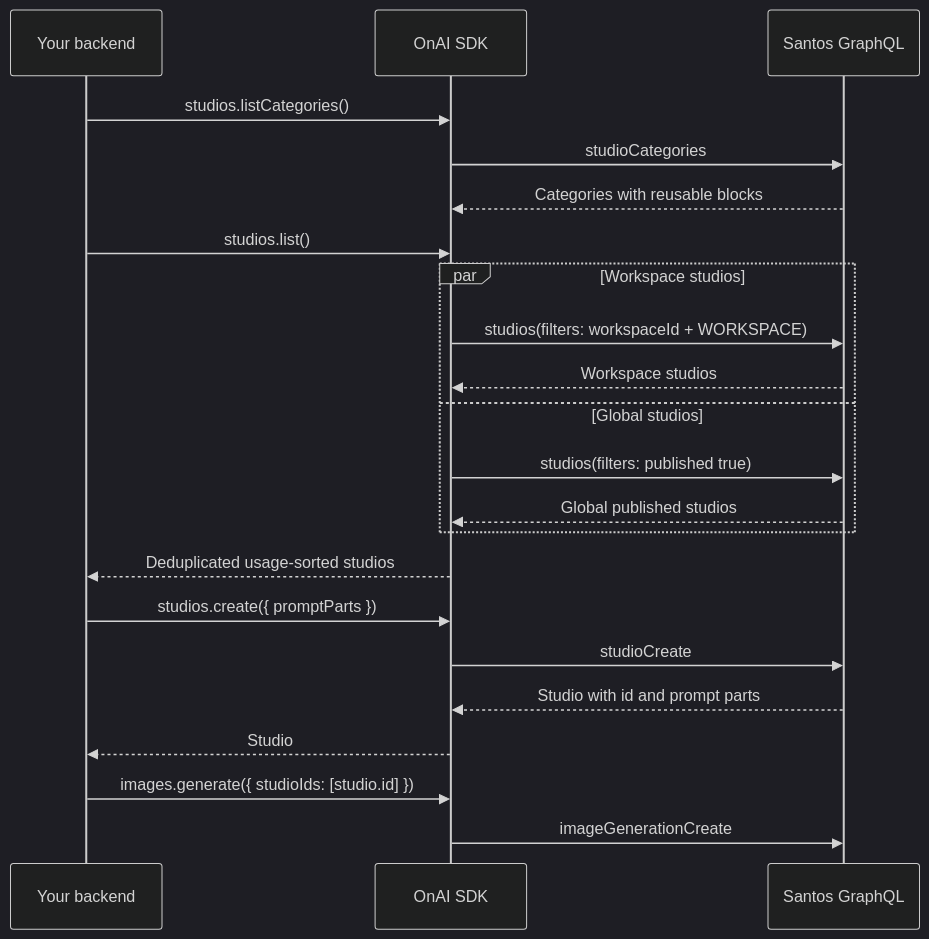
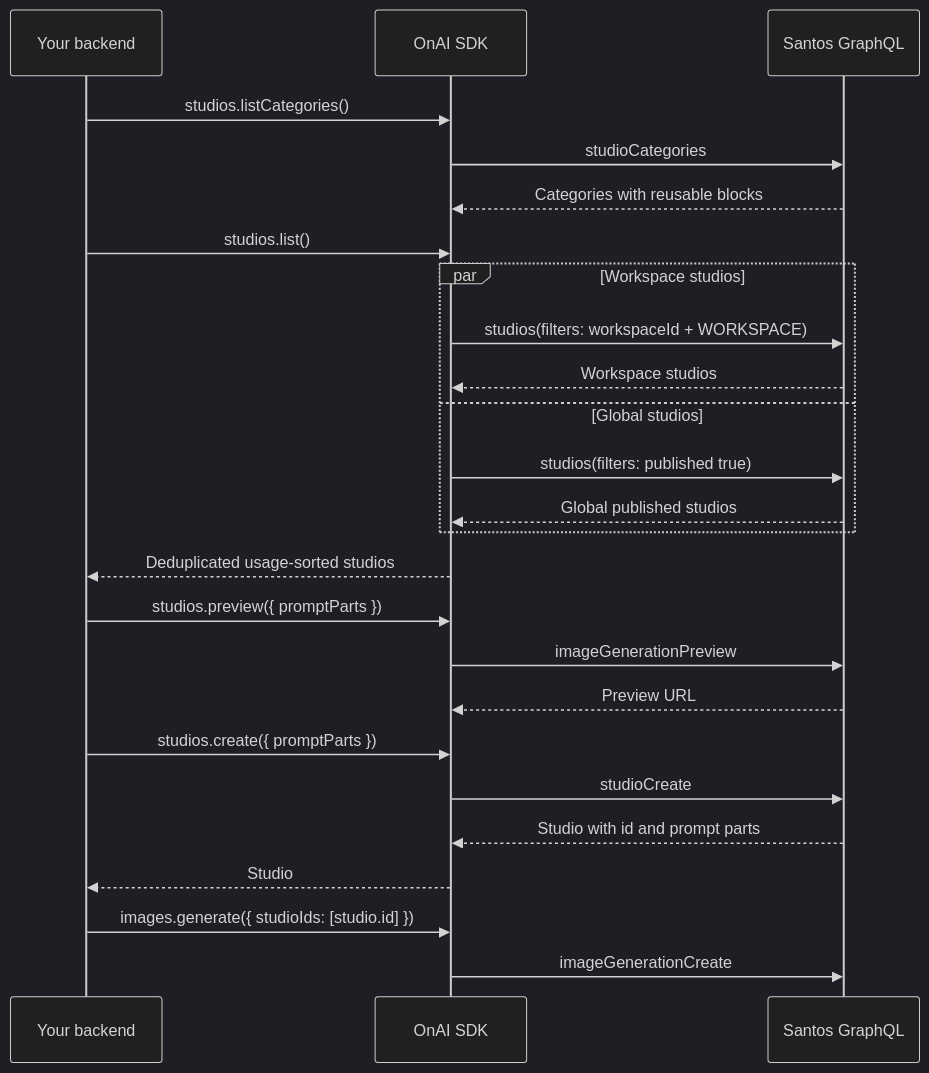
Before and after one commit to mxhiraz/onai-sdk: the third of 8 diagrams in docs/LEGACY_DOCUMENT.md, drawn with Mermaid (dark theme). The commit also changed other lines of this file and 5 other files, not shown here.

````diff
--- a/docs/LEGACY_DOCUMENT.md
+++ b/docs/LEGACY_DOCUMENT.md
@@ -295,25 +295,28 @@
 ```mermaid
 sequenceDiagram
   participant Backend as Your backend
   participant SDK as OnAI SDK
   participant GraphQL as Santos GraphQL
 
   Backend->>SDK: studios.listCategories()
   SDK->>GraphQL: studioCategories
   GraphQL-->>SDK: Categories with reusable blocks
   Backend->>SDK: studios.list()
   par Workspace studios
     SDK->>GraphQL: studios(filters: workspaceId + WORKSPACE)
     GraphQL-->>SDK: Workspace studios
   and Global studios
     SDK->>GraphQL: studios(filters: published true)
     GraphQL-->>SDK: Global published studios
   end
   SDK-->>Backend: Deduplicated usage-sorted studios
+  Backend->>SDK: studios.preview({ promptParts })
+  SDK->>GraphQL: imageGenerationPreview
+  GraphQL-->>SDK: Preview URL
   Backend->>SDK: studios.create({ promptParts })
   SDK->>GraphQL: studioCreate
   GraphQL-->>SDK: Studio with id and prompt parts
   SDK-->>Backend: Studio
   Backend->>SDK: images.generate({ studioIds: [studio.id] })
   SDK->>GraphQL: imageGenerationCreate
 ```
````
